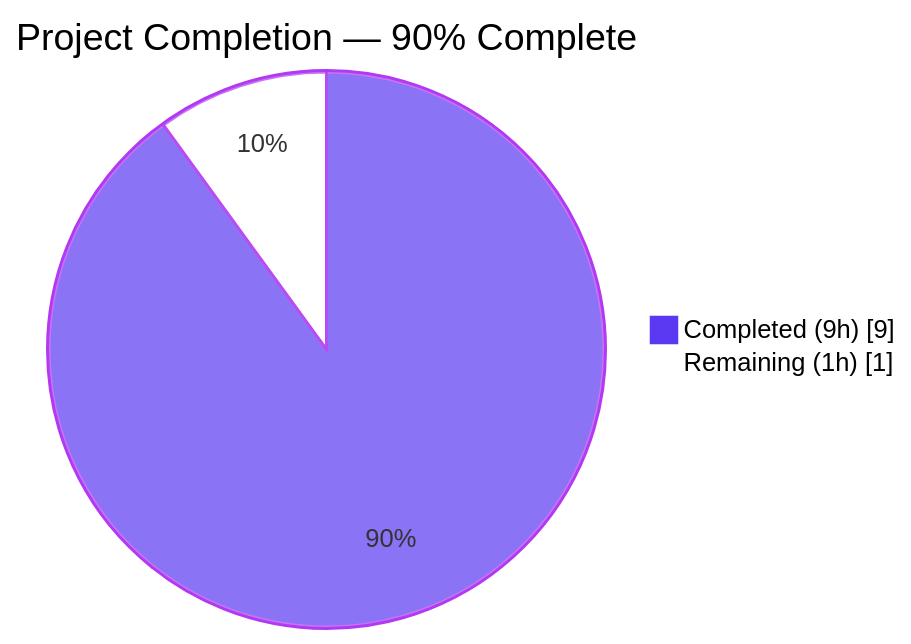
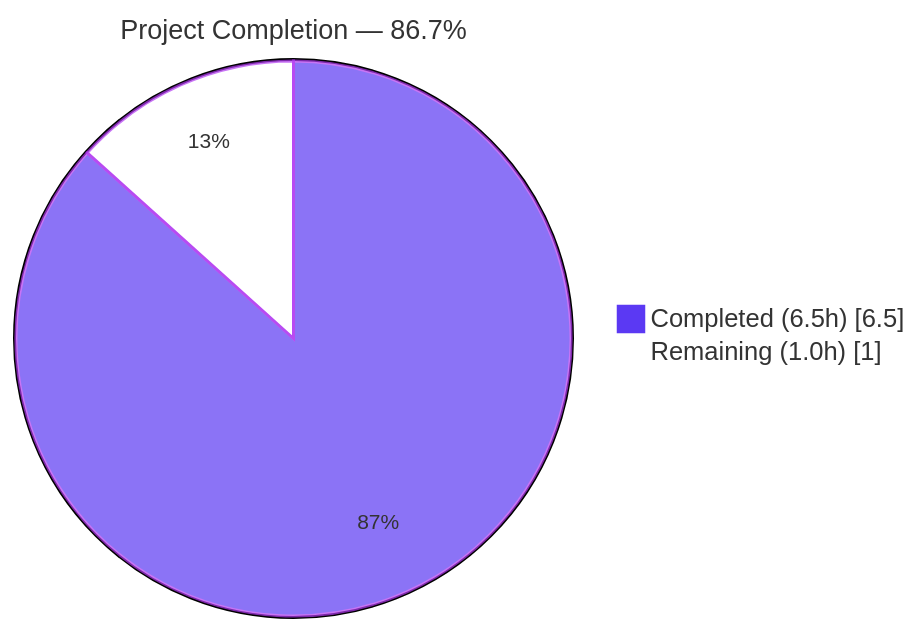
The first of 4 diagrams in blitzy/documentation/Project Guide.md (shaliniblitzy/Check11May), drawn with Mermaid before and after one commit. The commit also changed other lines of this file, not shown here.

Commit message:
Adding Blitzy Project Guide: Project Status and Human Tasks Remaining

````diff
--- a/blitzy/documentation/Project Guide.md
+++ b/blitzy/documentation/Project Guide.md
@@ -18,6 +15,6 @@
 ```mermaid
-%%{init: {"themeVariables": {"pie1": "#5B39F3", "pie2": "#FFFFFF", "pieStrokeColor": "#B23AF2", "pieOuterStrokeColor": "#B23AF2", "pieOuterStrokeWidth": "2px"}}}%%
-pie showData title Project Completion — 90% Complete
-    "Completed (9h)" : 9
-    "Remaining (1h)" : 1
+%%{init: {'theme':'base', 'themeVariables': {'pie1': '#5B39F3', 'pie2': '#FFFFFF', 'pieStrokeColor': '#B23AF2', 'pieStrokeWidth': '2px', 'pieTitleTextSize': '18px', 'pieSectionTextSize': '14px'}}}%%
+pie showData title Project Completion — 86.7%
+    "Completed (6.5h)" : 6.5
+    "Remaining (1.0h)" : 1.0
 ```
````
